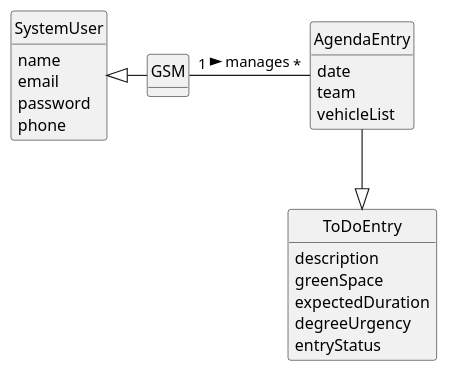
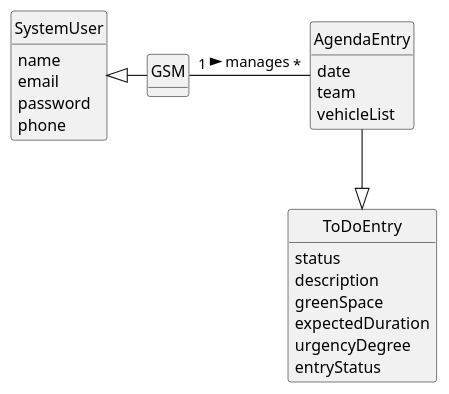
The diagram in docs/sprintC/us022/02.analysis/puml/us022-domain-model.puml (Departamento-de-Engenharia-Informatica/lei-24-s2-1do-g164), drawn with PlantUML before and after one commit. The commit also changed 11 other files, not shown here.

```diff
--- a/docs/sprintC/us022/02.analysis/puml/us022-domain-model.puml
+++ b/docs/sprintC/us022/02.analysis/puml/us022-domain-model.puml
@@ -1,44 +1,45 @@
 \@startuml
 skinparam monochrome true
 skinparam packageStyle rectangle
 skinparam shadowing false
 
 
 
 skinparam classAttributeIconSize 0
 
 hide circle
 hide methods
 
 
 class SystemUser {
     name
     email
     password
     phone
 
 }
 class GSM {
 
 }
 
 class AgendaEntry {
     date
     team
     vehicleList
 }
 
 class ToDoEntry {
+        status
         description
         greenSpace
         expectedDuration
-        degreeUrgency
+        urgencyDegree
         entryStatus
 }
 
 GSM "1" - "*" AgendaEntry : manages >
 SystemUser <|- GSM
 AgendaEntry --|> ToDoEntry
 
 
 @enduml
```
